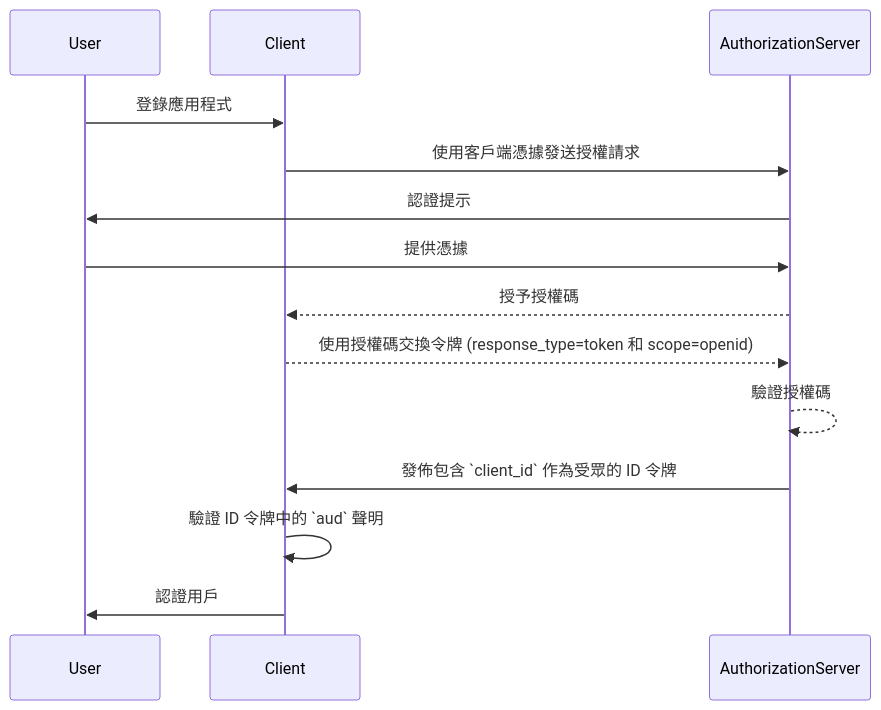
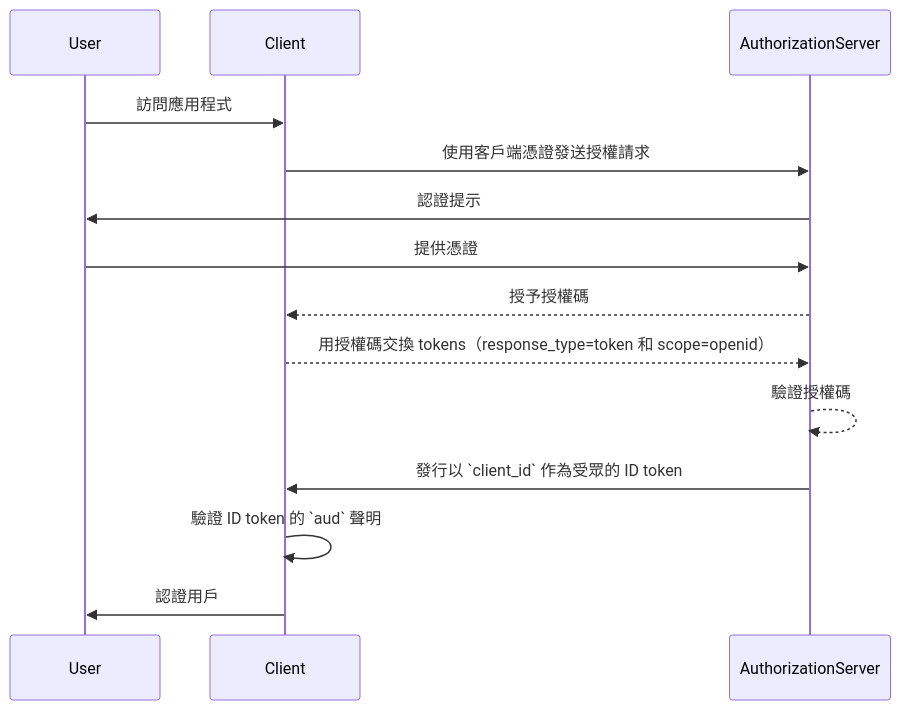
One commit to logto-io/auth-wiki changed the first of 2 diagrams in src/content/terms/zh-Hant/audience.mdx. Above: the diagram before and after it, drawn with Mermaid. The commit also changed other lines of this file and 48 other files, not shown here.

````diff
--- a/src/content/terms/zh-Hant/audience.mdx
+++ b/src/content/terms/zh-Hant/audience.mdx
@@ -49,17 +49,17 @@
 ```mermaid
 sequenceDiagram
     participant User
     participant Client
     participant AuthorizationServer
 
-    User->>Client: 登錄應用程式
-    Client->>AuthorizationServer: 使用客戶端憑據發送授權請求
+    User->>Client: 訪問應用程式
+    Client->>AuthorizationServer: 使用客戶端憑證發送授權請求
     AuthorizationServer->>User: 認證提示
-    User->>AuthorizationServer: 提供憑據
+    User->>AuthorizationServer: 提供憑證
     AuthorizationServer-->>Client: 授予授權碼
-    Client-->>AuthorizationServer: 使用授權碼交換令牌 (response_type=token 和 scope=openid)
+    Client-->>AuthorizationServer: 用授權碼交換 tokens（response_type=token 和 scope=openid）
     AuthorizationServer-->>AuthorizationServer: 驗證授權碼
-    AuthorizationServer->>Client: 發佈包含 `client_id` 作為受眾的 ID 令牌
-    Client->> Client: 驗證 ID 令牌中的 `aud` 聲明
+    AuthorizationServer->>Client: 發行以 `client_id` 作為受眾的 ID token
+    Client->> Client: 驗證 ID token 的 `aud` 聲明
     Client->>User: 認證用戶
 ```
````
